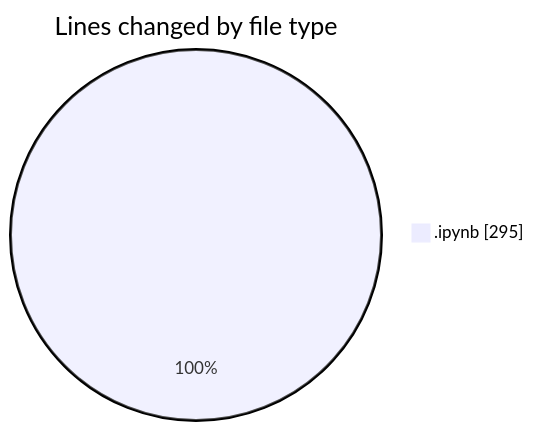
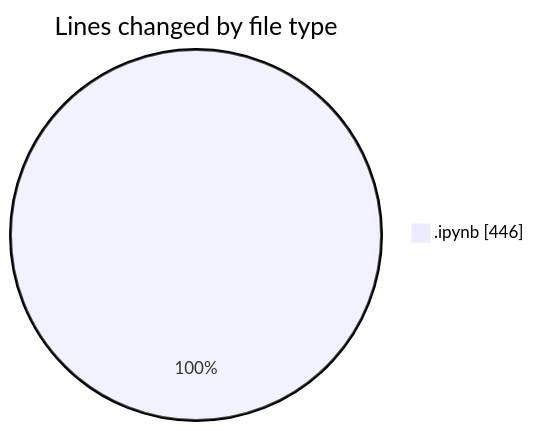
The first of 2 diagrams in 2026-08-25/pws_v/README.md (Unknowalive/code-tracking), drawn with Mermaid before and after one commit. The commit also changed other lines of this file and 1 other file, not shown here.

````diff
--- a/2026-08-25/pws_v/README.md
+++ b/2026-08-25/pws_v/README.md
@@ -20,5 +20,5 @@
 ```mermaid
 pie showData
 title Lines changed by file type
-".ipynb" : 295
+".ipynb" : 446
 ```
````
